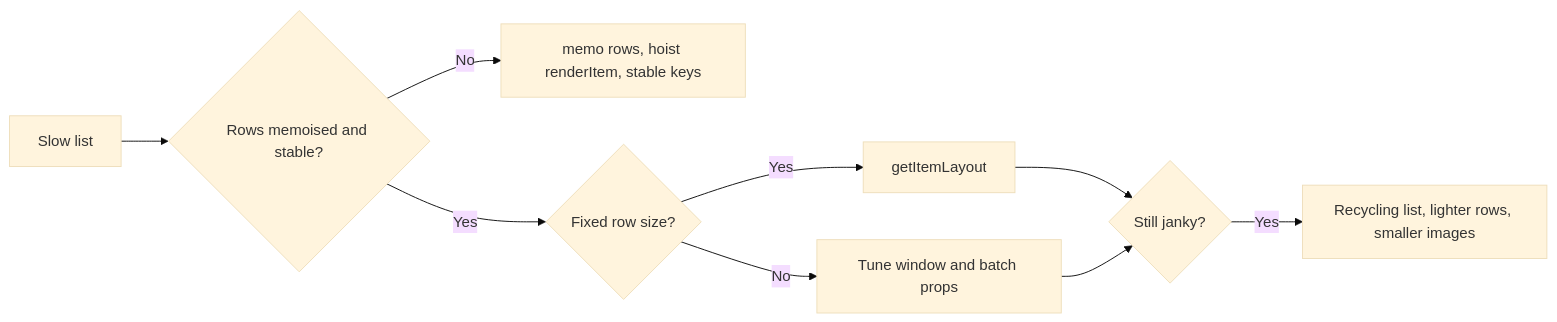
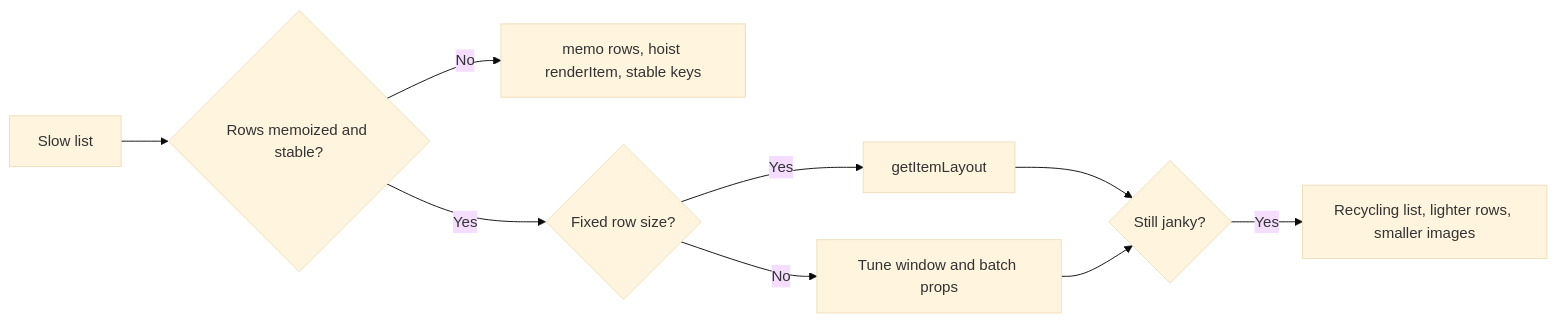
One commit to Sri-Bhat/Frontend-Interview-Handbook changed the third of 3 diagrams in react-native-v2/05-performance-rendering-lists-images-and-memory.md. Above: the diagram before and after it, drawn with Mermaid (base theme). The commit also changed other lines of this file, not shown here.

````diff
--- a/react-native-v2/05-performance-rendering-lists-images-and-memory.md
+++ b/react-native-v2/05-performance-rendering-lists-images-and-memory.md
@@ -357,11 +359,11 @@
 ```mermaid
 flowchart LR
-  A["Slow list"] --> B{"Rows memoised and stable?"}
+  A["Slow list"] --> B{"Rows memoized and stable?"}
   B -->|"No"| C["memo rows, hoist renderItem, stable keys"]
   B -->|"Yes"| D{"Fixed row size?"}
   D -->|"Yes"| E["getItemLayout"]
   D -->|"No"| F["Tune window and batch props"]
   E --> G{"Still janky?"}
   F --> G
   G -->|"Yes"| H["Recycling list, lighter rows, smaller images"]
 ```
````
